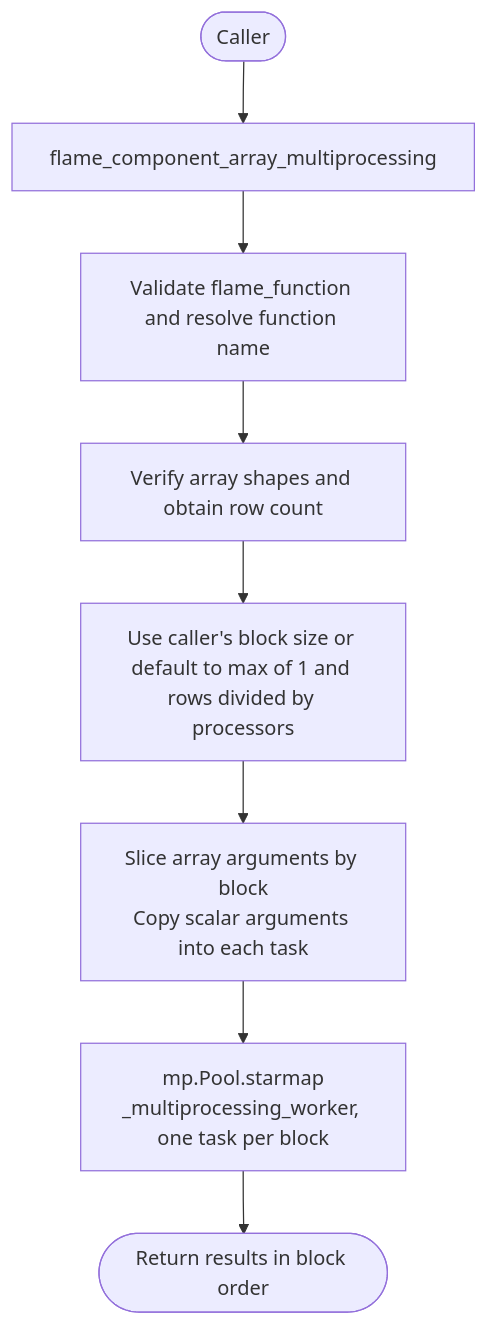
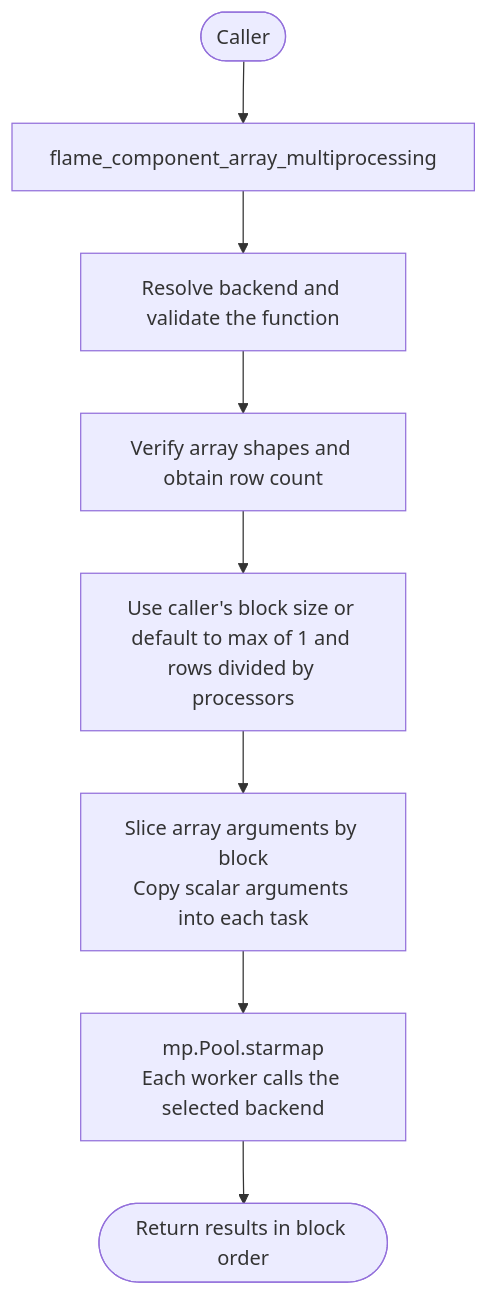
Before and after one commit to gagreene/flame_components: the second of 2 diagrams in docs/CODEBASE.md, drawn with Mermaid. The commit also changed other lines of this file and 6 other files, not shown here.

````diff
--- a/docs/CODEBASE.md
+++ b/docs/CODEBASE.md
@@ -82,10 +77,10 @@
 ```mermaid
 flowchart TD
     A([Caller]) --> B[flame_component_array_multiprocessing]
-    B --> C[Validate flame_function and resolve function name]
+    B --> C[Resolve backend and validate the function]
     C --> D[Verify array shapes and obtain row count]
     D --> E[Use caller's block size or default to max of 1 and rows divided by processors]
     E --> F[Slice array arguments by block\nCopy scalar arguments into each task]
-    F --> G[mp.Pool.starmap\n_multiprocessing_worker, one task per block]
+    F --> G[mp.Pool.starmap\nEach worker calls the selected backend]
     G --> H([Return results in block order])
 ```
````
